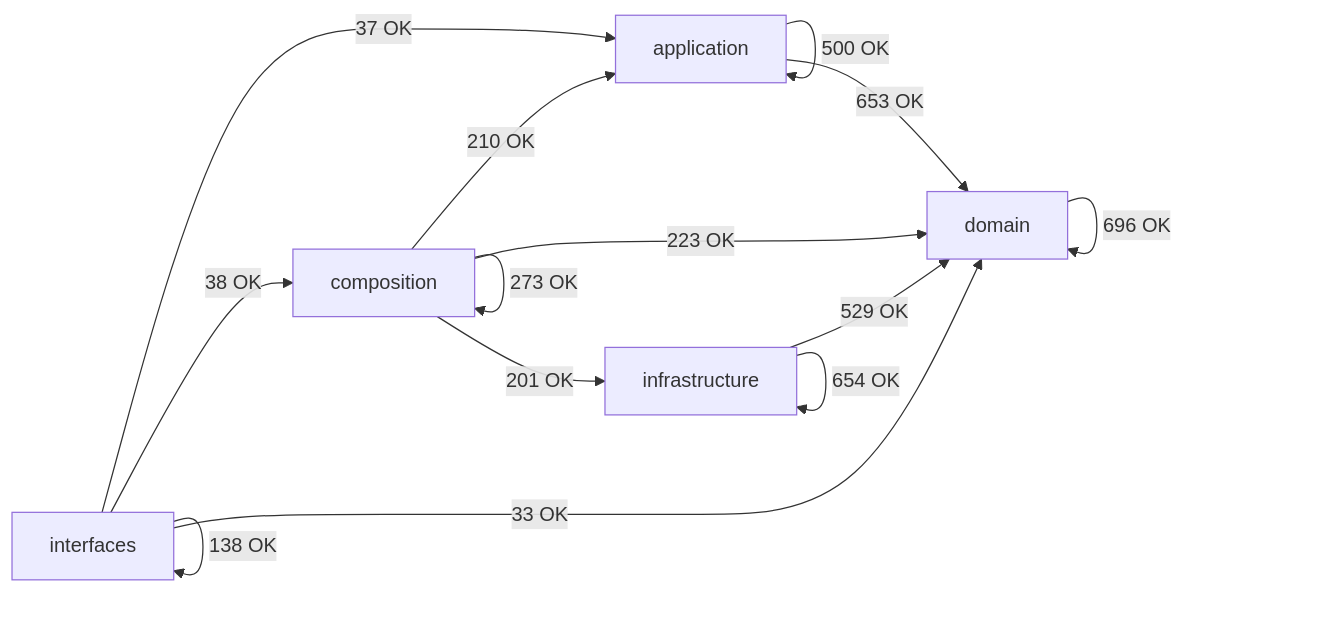
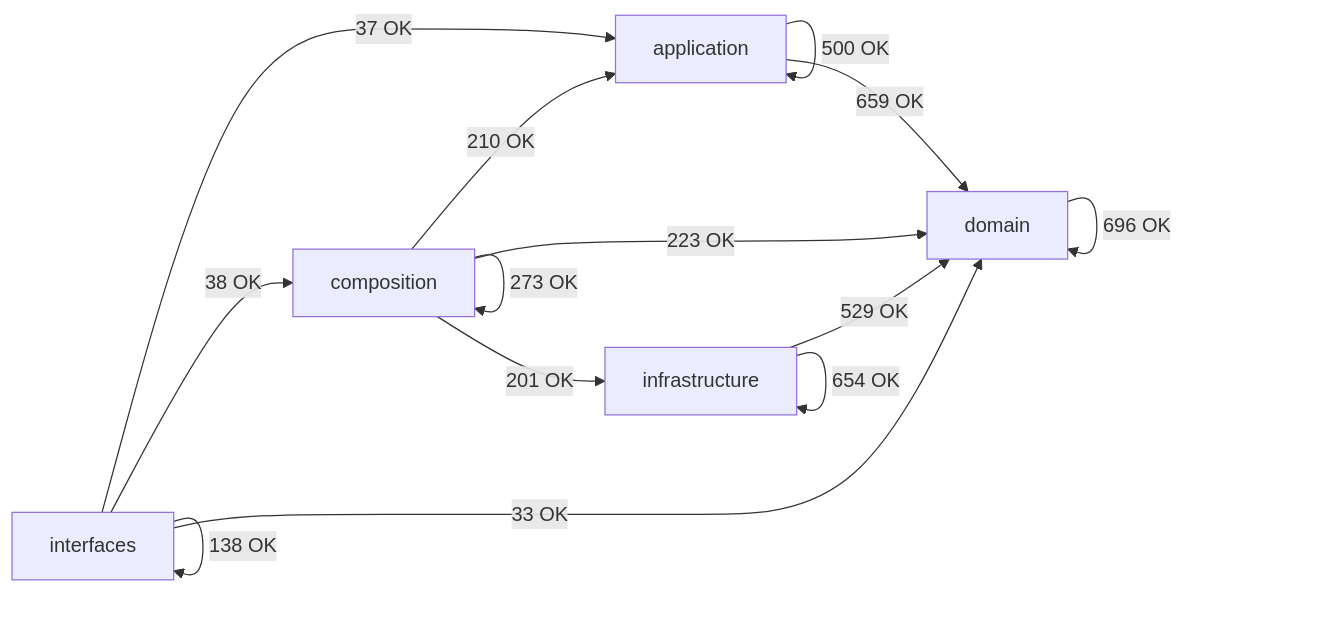
Before and after one commit to SatoryKono/BioactivityDataAcquisition: the diagram in docs/02-architecture/generated/module-dependency-map.md, drawn with Mermaid. The commit also changed other lines of this file and 34 other files, not shown here.

````diff
--- a/docs/02-architecture/generated/module-dependency-map.md
+++ b/docs/02-architecture/generated/module-dependency-map.md
@@ -16,21 +16,21 @@
 ```mermaid
 flowchart LR
     domain[domain]
     application[application]
     infrastructure[infrastructure]
     composition[composition]
     interfaces[interfaces]
     application -->|500 OK| application
-    application -->|653 OK| domain
+    application -->|659 OK| domain
     composition -->|210 OK| application
     composition -->|273 OK| composition
     composition -->|223 OK| domain
     composition -->|201 OK| infrastructure
     domain -->|696 OK| domain
     infrastructure -->|529 OK| domain
     infrastructure -->|654 OK| infrastructure
     interfaces -->|37 OK| application
     interfaces -->|38 OK| composition
     interfaces -->|33 OK| domain
     interfaces -->|138 OK| interfaces
 ```
````
